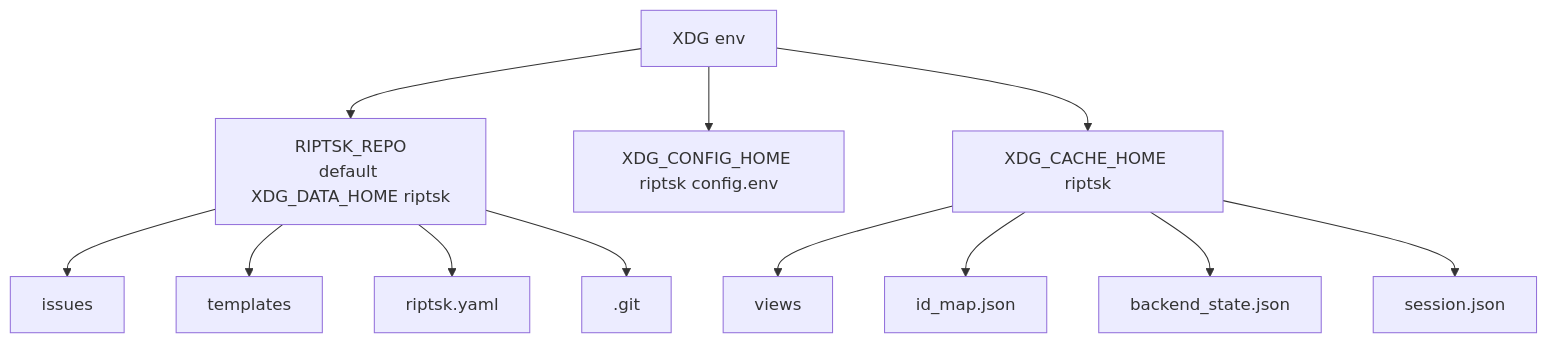
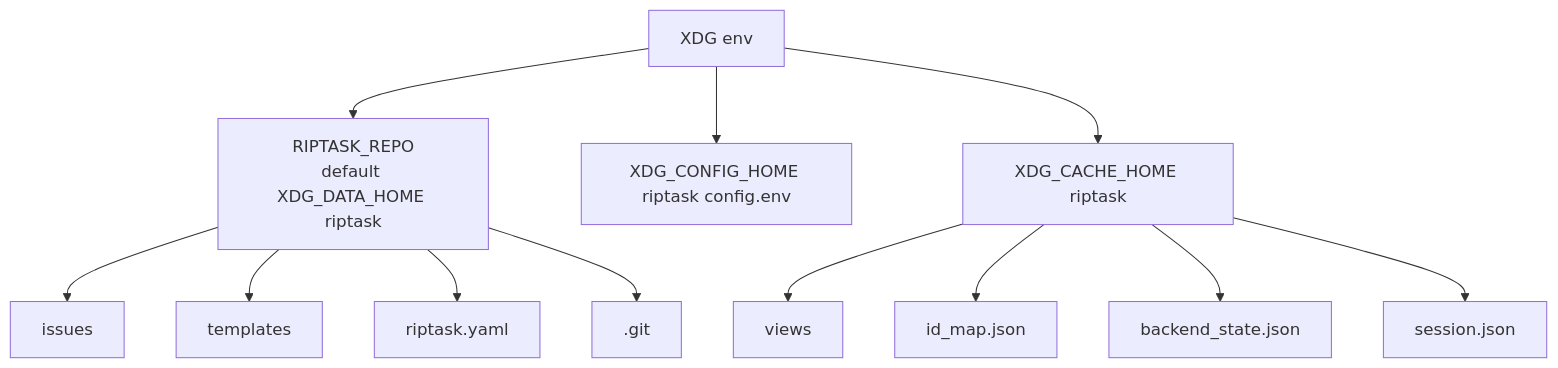
The fifth of 5 diagrams in README.md (gubasso/riptask), drawn with Mermaid before and after one commit. The commit also changed other lines of this file and 40 other files, not shown here.

First line of the commit message:
docs: rename riptsk → riptask across user-facing text

````diff
--- a/README.md
+++ b/README.md
@@ -101,14 +101,14 @@
 ```mermaid
 flowchart TD
-    XDG[XDG env] --> Repo[RIPTSK_REPO<br/>default XDG_DATA_HOME riptsk]
-    XDG --> Conf[XDG_CONFIG_HOME riptsk config.env]
-    XDG --> Cache[XDG_CACHE_HOME riptsk]
+    XDG[XDG env] --> Repo[RIPTASK_REPO<br/>default XDG_DATA_HOME riptask]
+    XDG --> Conf[XDG_CONFIG_HOME riptask config.env]
+    XDG --> Cache[XDG_CACHE_HOME riptask]
     Repo --> R1[issues]
     Repo --> R2[templates]
-    Repo --> R3[riptsk.yaml]
+    Repo --> R3[riptask.yaml]
     Repo --> R4[.git]
     Cache --> C1[views]
     Cache --> C2[id_map.json]
     Cache --> C3[backend_state.json]
     Cache --> C4[session.json]
 ```
````
